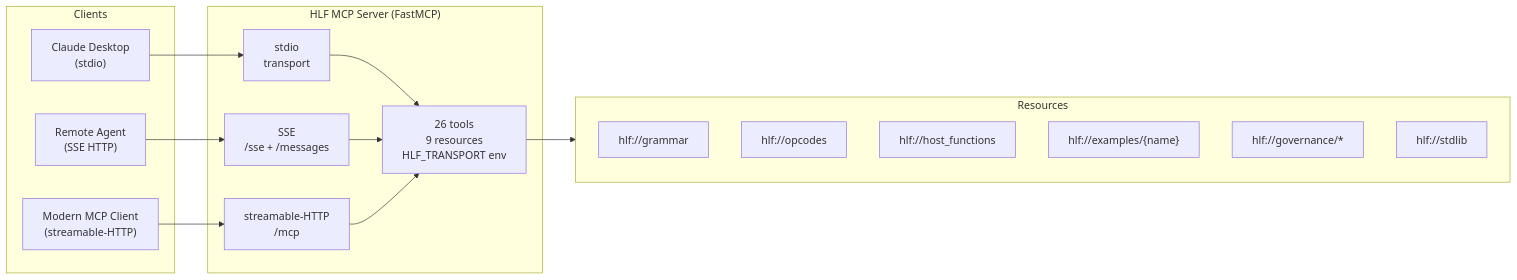
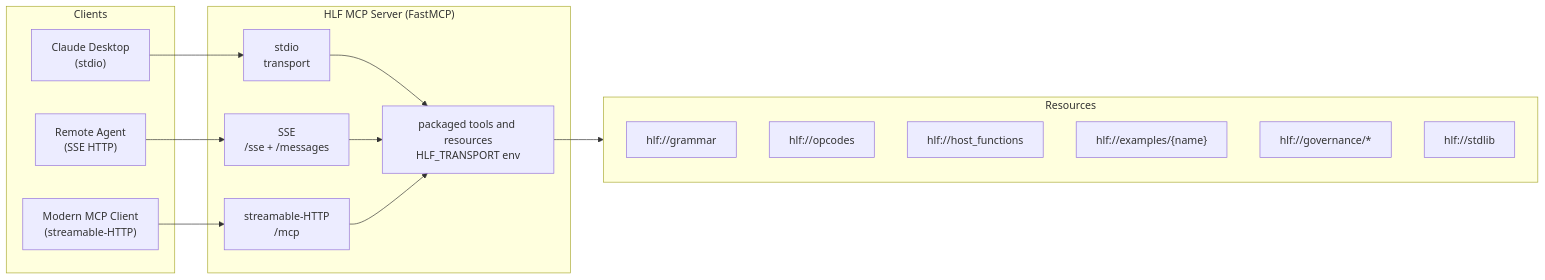
Before and after one commit to Grumpified-OGGVCT/HLF-Hieroglyphic-Logic-Framework-MCP: diagram 11 of 13 in README.md, drawn with Mermaid. The commit also changed other lines of this file and 164 other files, not shown here.

````diff
--- a/README.md
+++ b/README.md
@@ -749,32 +1000,32 @@
 ```mermaid
 graph LR
     subgraph Clients
         C1["Claude Desktop\n(stdio)"]
         C2["Remote Agent\n(SSE HTTP)"]
         C3["Modern MCP Client\n(streamable-HTTP)"]
     end
 
     subgraph Server["HLF MCP Server  (FastMCP)"]
         T1["stdio\ntransport"]
         T2["SSE\n/sse + /messages"]
         T3["streamable-HTTP\n/mcp"]
-        Core["26 tools\n9 resources\nHLF_TRANSPORT env"]
+        Core["packaged tools and resources\nHLF_TRANSPORT env"]
         T1 --> Core
         T2 --> Core
         T3 --> Core
     end
 
     subgraph Resources
         R1["hlf://grammar"]
         R2["hlf://opcodes"]
         R3["hlf://host_functions"]
         R4["hlf://examples/{name}"]
         R5["hlf://governance/*"]
         R6["hlf://stdlib"]
     end
 
     C1 --> T1
     C2 --> T2
     C3 --> T3
     Core --> Resources
 ```
````
